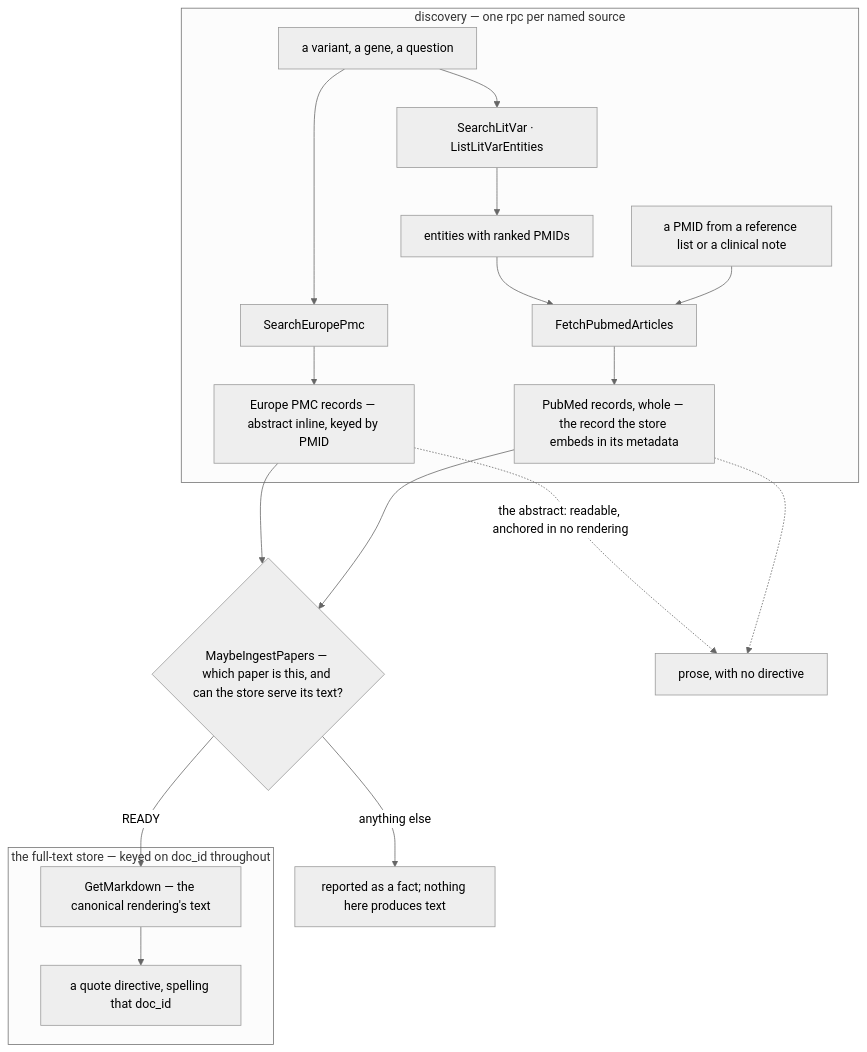
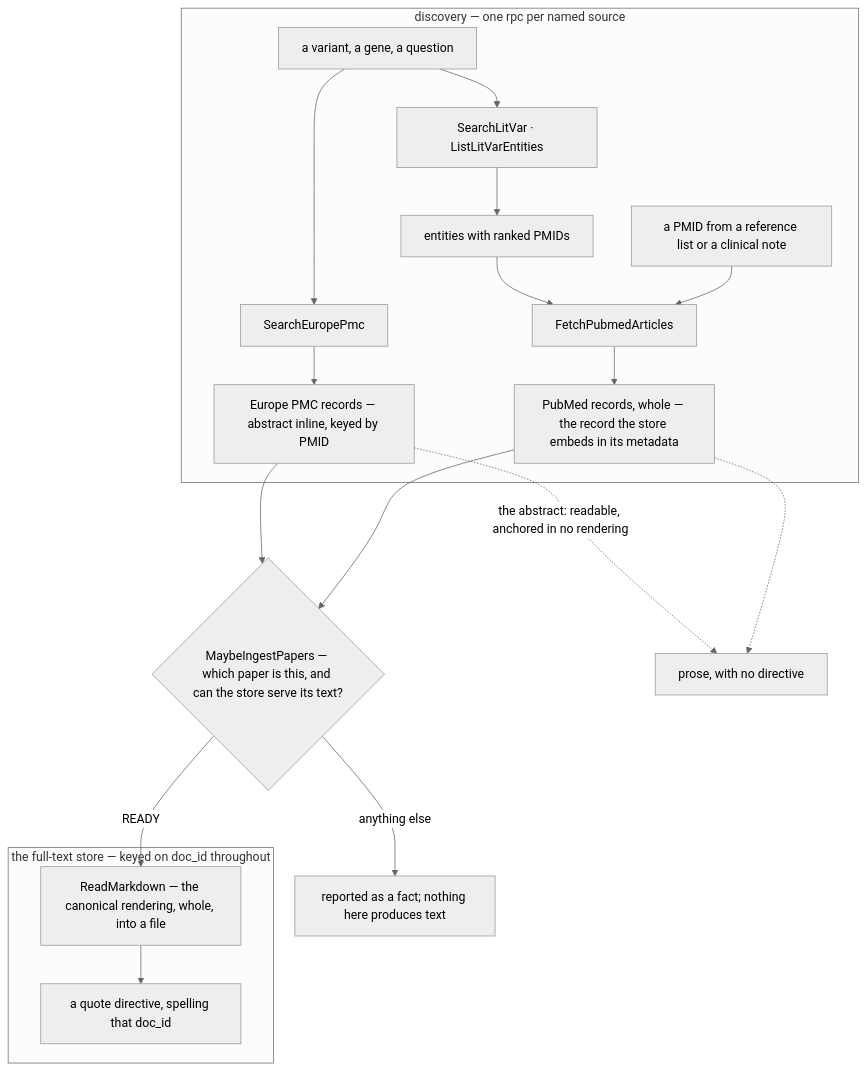
Before and after one commit to populationgenomics/themis: the diagram in docs/design/literature-evidence-layer.md, drawn with Mermaid (neutral theme). The commit also changed other lines of this file and 2 other files, not shown here.

````diff
--- a/docs/design/literature-evidence-layer.md
+++ b/docs/design/literature-evidence-layer.md
@@ -131,21 +135,21 @@
 ```mermaid
 flowchart TD
     subgraph discovery["discovery — one rpc per named source"]
         Q["a variant, a gene, a question"] --> S["SearchEuropePmc"]
         Q --> V["SearchLitVar · ListLitVarEntities"]
         S --> E["Europe PMC records — abstract inline, keyed by PMID"]
         V --> PMIDS["entities with ranked PMIDs"]
         PMIDS --> F["FetchPubmedArticles"]
         H["a PMID from a reference list or a clinical note"] --> F
         F --> E2["PubMed records, whole — the record the store embeds in its metadata"]
     end
     subgraph store["the full-text store — keyed on doc_id throughout"]
-        M["GetMarkdown — the canonical rendering's text"] --> C["a quote directive, spelling that doc_id"]
+        M["ReadMarkdown — the canonical rendering, whole, into a file"] --> C["a quote directive, spelling that doc_id"]
     end
     E --> DOOR{"MaybeIngestPapers — which paper is this, and can the store serve its text?"}
     E2 --> DOOR
     DOOR -->|"READY"| M
     DOOR -->|"anything else"| N["reported as a fact; nothing here produces text"]
     E -.->|"the abstract: readable, anchored in no rendering"| P["prose, with no directive"]
     E2 -.-> P
 ```
````
